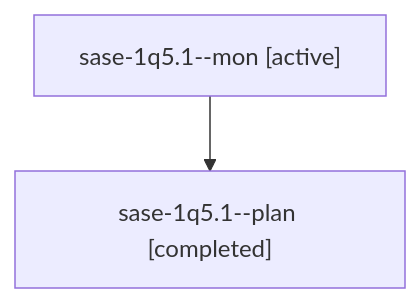
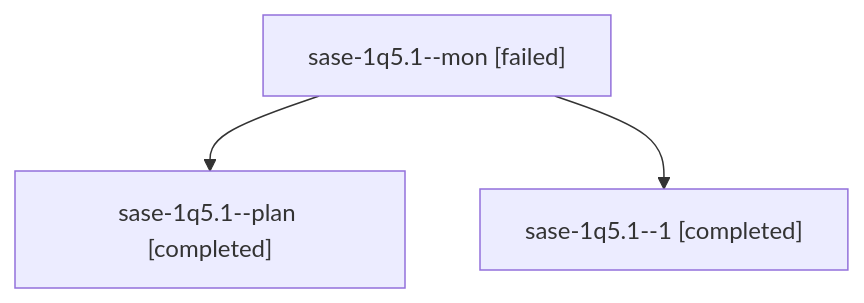
One commit to sase-org/sase--agents changed the diagram in sessions/bbugyi200.athena.sase-1q5.1.md. Above: the diagram before and after it, drawn with Mermaid. The commit also changed other lines of this file and 55 other files, not shown here.

````diff
--- a/sessions/bbugyi200.athena.sase-1q5.1.md
+++ b/sessions/bbugyi200.athena.sase-1q5.1.md
@@ -9,6 +9,8 @@
 ```mermaid
 flowchart TD
-  n0["sase-1q5.1--mon [active]"]
+  n0["sase-1q5.1--mon [failed]"]
   n1["sase-1q5.1--plan [completed]"]
   n0 --> n1
+  n2["sase-1q5.1--1 [completed]"]
+  n0 --> n2
 ```
````
